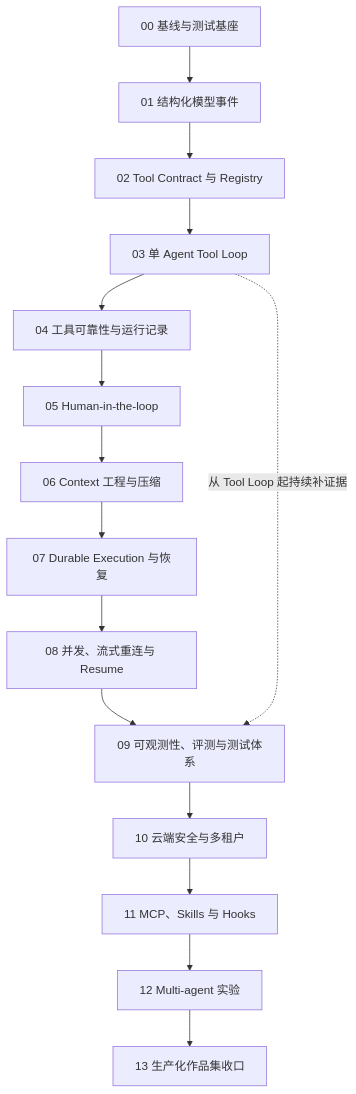
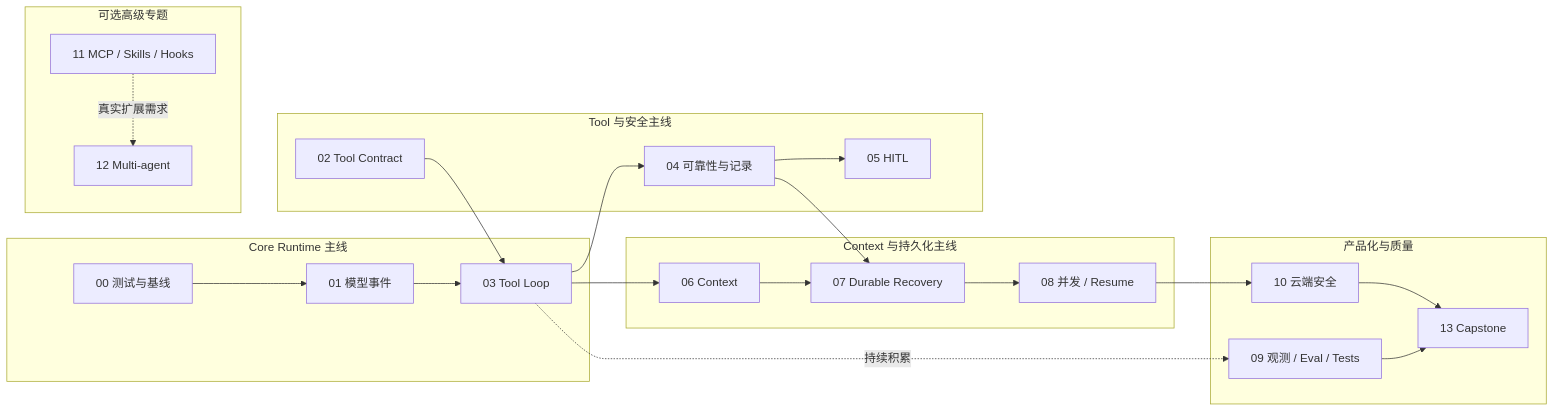
One commit to mufeiyu-ayu/agent changed the diagram in docs/research/learning-roadmap/README.md. Above: the diagram before and after it, drawn with Mermaid. The commit also changed other lines of this file and 47 other files, not shown here.

````diff
--- a/docs/research/learning-roadmap/README.md
+++ b/docs/research/learning-roadmap/README.md
@@ -21,17 +14,25 @@
 ```mermaid
-flowchart TD
-  P00["00 基线与测试基座"] --> P01["01 结构化模型事件"]
-  P01 --> P02["02 Tool Contract 与 Registry"]
-  P02 --> P03["03 单 Agent Tool Loop"]
-  P03 --> P04["04 工具可靠性与运行记录"]
-  P04 --> P05["05 Human-in-the-loop"]
-  P05 --> P06["06 Context 工程与压缩"]
-  P06 --> P07["07 Durable Execution 与恢复"]
-  P07 --> P08["08 并发、流式重连与 Resume"]
-  P08 --> P09["09 可观测性、评测与测试体系"]
-  P03 -. "从 Tool Loop 起持续补证据" .-> P09
-  P09 --> P10["10 云端安全与多租户"]
-  P10 --> P11["11 MCP、Skills 与 Hooks"]
-  P11 --> P12["12 Multi-agent 实验"]
-  P12 --> P13["13 生产化作品集收口"]
+flowchart LR
+  subgraph Core[Core Runtime 主线]
+    M00[00 测试与基线] --> M01[01 模型事件]
+    M01 --> M03[03 Tool Loop]
+  end
+  subgraph Tool[Tool 与安全主线]
+    M02[02 Tool Contract] --> M03
+    M03 --> M04[04 可靠性与记录] --> M05[05 HITL]
+  end
+  subgraph Context[Context 与持久化主线]
+    M03 --> M06[06 Context]
+    M04 --> M07[07 Durable Recovery]
+    M06 --> M07 --> M08[08 并发 / Resume]
+  end
+  subgraph Quality[产品化与质量]
+    M03 -.持续积累.-> M09[09 观测 / Eval / Tests]
+    M08 --> M10[10 云端安全]
+    M09 --> M13[13 Capstone]
+    M10 --> M13
+  end
+  subgraph Optional[可选高级专题]
+    M11[11 MCP / Skills / Hooks] -.真实扩展需求.-> M12[12 Multi-agent]
+  end
 ```
````
